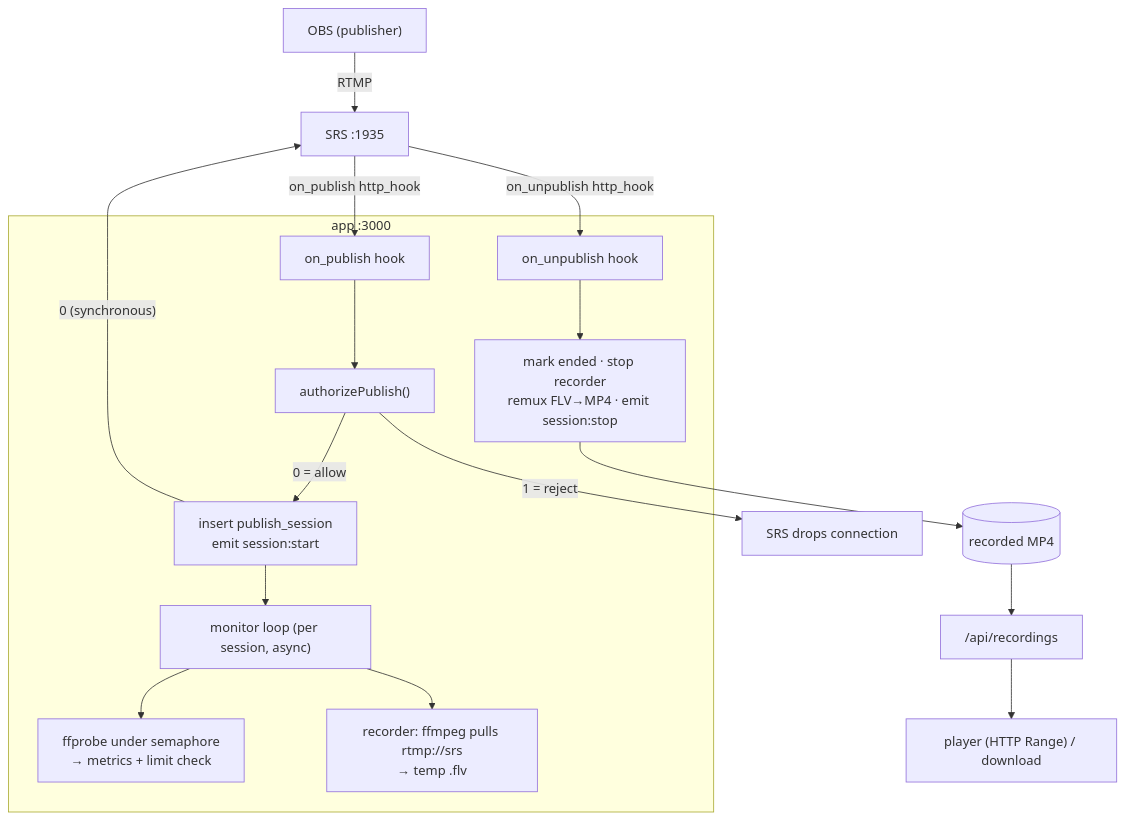
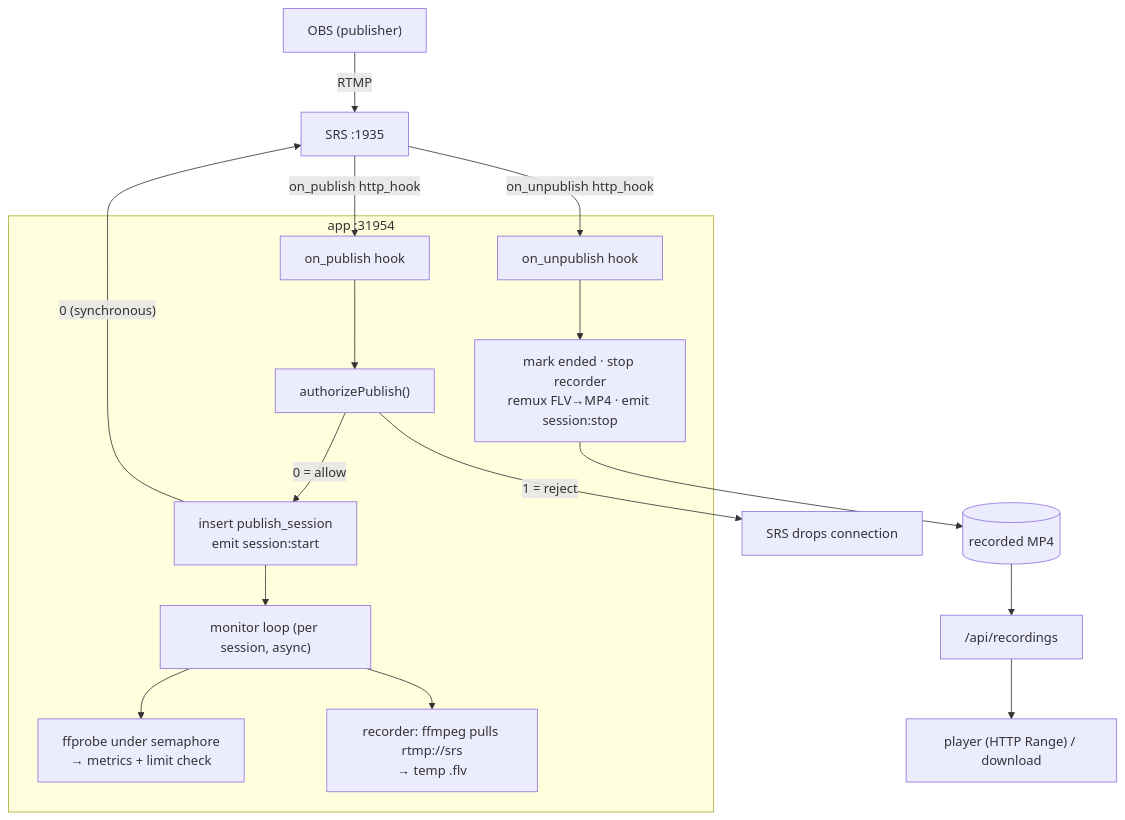
Before and after one commit to hnrobert/constrainable-ingest: the diagram in docs/STREAMING.md, drawn with Mermaid. The commit also changed other lines of this file and 43 other files, not shown here.

````diff
--- a/docs/STREAMING.md
+++ b/docs/STREAMING.md
@@ -10,36 +10,36 @@
 ```mermaid
 flowchart TD
     OBS["OBS (publisher)"]
     SRS["SRS :1935"]
 
-    subgraph app ["app :3000"]
+    subgraph app ["app :31954"]
         PUB["on_publish hook"]
         AUTH["authorizePublish()"]
         SESS["insert publish_session<br/>emit session:start"]
         MON["monitor loop (per session, async)"]
         PROBE["ffprobe under semaphore<br/>→ metrics + limit check"]
         REC["recorder: ffmpeg pulls rtmp://srs<br/>→ temp .flv"]
         UNPUB["on_unpublish hook"]
         END["mark ended · stop recorder<br/>remux FLV→MP4 · emit session:stop"]
     end
 
     DROP["SRS drops connection"]
     MP4[("recorded MP4")]
     API["/api/recordings"]
     PLAYER["player (HTTP Range) / download"]
 
     OBS -->|"RTMP"| SRS
     SRS -->|"on_publish http_hook"| PUB
     PUB --> AUTH
     AUTH -->|"0 = allow"| SESS
     SESS -->|"0 (synchronous)"| SRS
     AUTH -->|"1 = reject"| DROP
     SESS --> MON
     MON --> PROBE
     MON --> REC
     SRS -->|"on_unpublish http_hook"| UNPUB
     UNPUB --> END
     END --> MP4
     MP4 --> API
     API --> PLAYER
 ```
````
